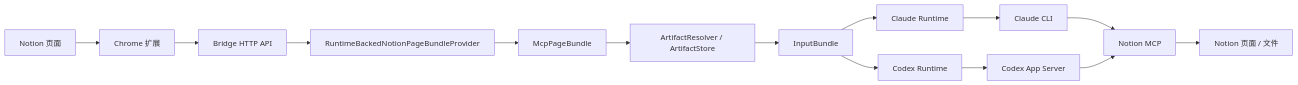
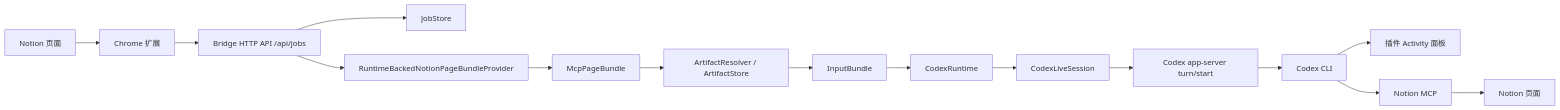
One commit to previbe/notion2CLI changed the diagram in docs/ARCHITECTURE.md. Above: the diagram before and after it, drawn with Mermaid. The commit also changed other lines of this file and 14 other files, not shown here.

Commit message:
[feature] persist Codex App sessions for Notion turns

````diff
--- a/docs/ARCHITECTURE.md
+++ b/docs/ARCHITECTURE.md
@@ -37,16 +40,17 @@
 ```mermaid
 flowchart LR
   A["Notion 页面"] --> B["Chrome 扩展"]
-  B --> C["Bridge HTTP API"]
-  C --> D["RuntimeBackedNotionPageBundleProvider"]
-  D --> E["McpPageBundle"]
-  E --> F["ArtifactResolver / ArtifactStore"]
-  F --> G["InputBundle"]
-  G --> H["Claude Runtime"]
-  G --> I["Codex Runtime"]
-  H --> J["Claude CLI"]
-  I --> K["Codex App Server"]
-  J --> L["Notion MCP"]
-  K --> L
-  L --> M["Notion 页面 / 文件"]
+  B --> C["Bridge HTTP API /api/jobs"]
+  C --> D["JobStore"]
+  C --> E["RuntimeBackedNotionPageBundleProvider"]
+  E --> F["McpPageBundle"]
+  F --> G["ArtifactResolver / ArtifactStore"]
+  G --> H["InputBundle"]
+  H --> I["CodexRuntime"]
+  I --> J["CodexLiveSession"]
+  J --> K["Codex app-server turn/start"]
+  K --> L["Codex CLI"]
+  L --> M["插件 Activity 面板"]
+  L --> N["Notion MCP"]
+  N --> O["Notion 页面"]
 ```
````
